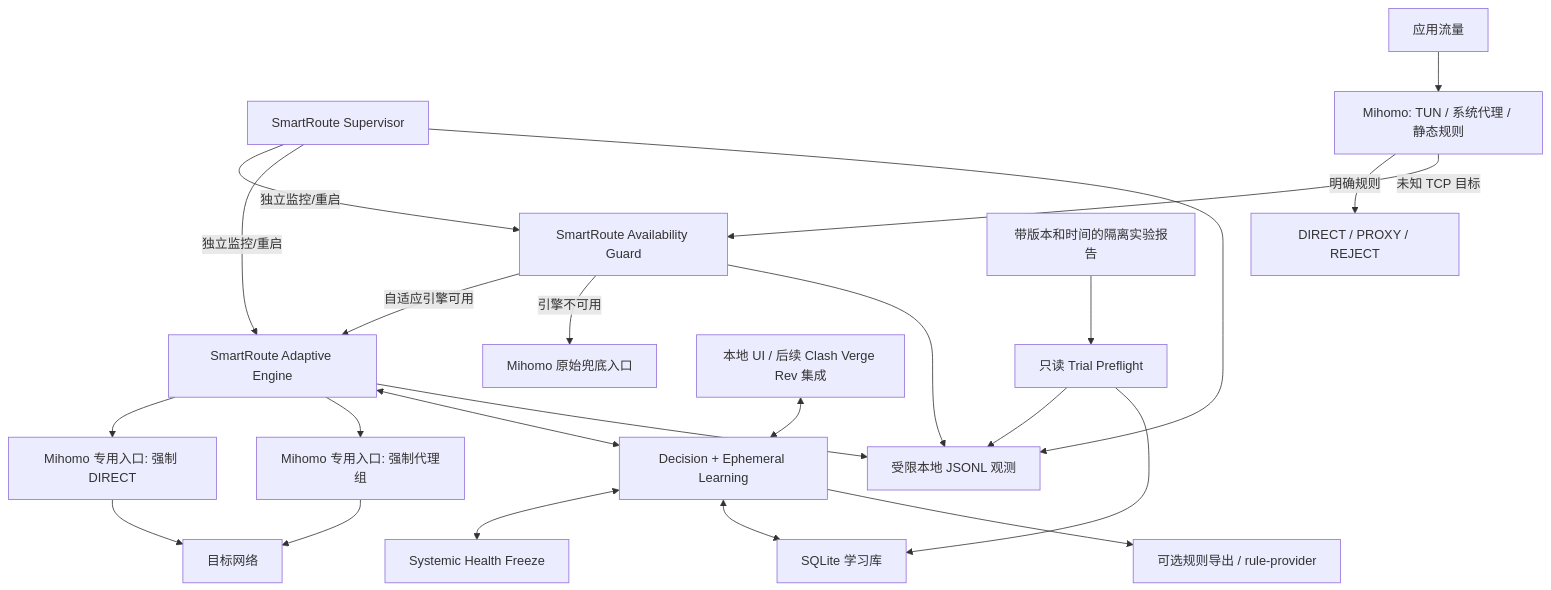
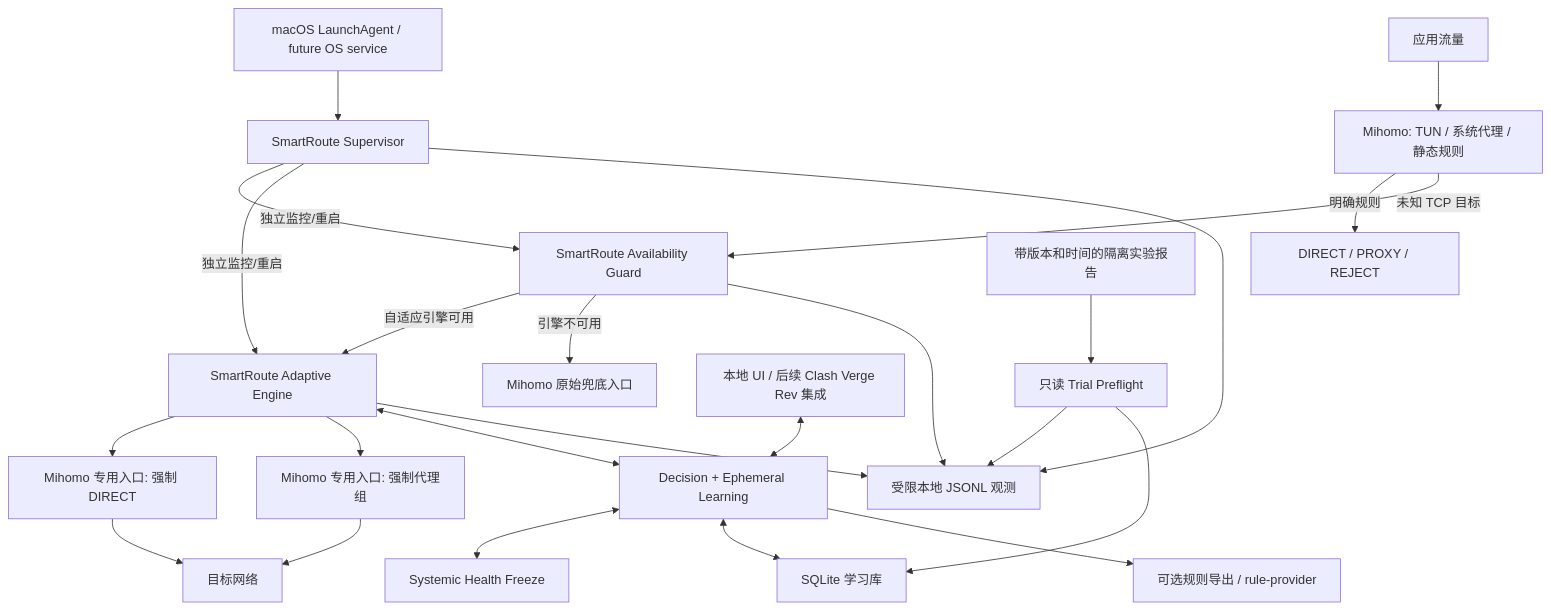
The first of 4 diagrams in docs/02-technical-design.md (firfisa/smartroute), drawn with Mermaid before and after one commit. The commit also changed other lines of this file and 118 other files, not shown here.

````diff
--- a/docs/02-technical-design.md
+++ b/docs/02-technical-design.md
@@ -28,25 +28,26 @@
 ```mermaid
 flowchart TB
+    OS["macOS LaunchAgent / future OS service"] --> Sup
     Sup["SmartRoute Supervisor"] -->|"独立监控/重启"| G
     Sup -->|"独立监控/重启"| S
     Sup --> Obs["受限本地 JSONL 观测"]
     App["应用流量"] --> M["Mihomo: TUN / 系统代理 / 静态规则"]
     M -->|"明确规则"| Fixed["DIRECT / PROXY / REJECT"]
     M -->|"未知 TCP 目标"| G["SmartRoute Availability Guard"]
     G -->|"自适应引擎可用"| S["SmartRoute Adaptive Engine"]
     G -->|"引擎不可用"| O["Mihomo 原始兜底入口"]
     S --> D["Mihomo 专用入口: 强制 DIRECT"]
     S --> P["Mihomo 专用入口: 强制代理组"]
     D --> Net["目标网络"]
     P --> Net
     S <--> E["Decision + Ephemeral Learning"]
     E <--> H["Systemic Health Freeze"]
     S --> Obs
     G --> Obs
     E <--> DB["SQLite 学习库"]
     UI["本地 UI / 后续 Clash Verge Rev 集成"] <--> E
     E --> Export["可选规则导出 / rule-provider"]
     PF["只读 Trial Preflight"] --> Obs
     PF --> DB
     Labs["带版本和时间的隔离实验报告"] --> PF
 ```
````
